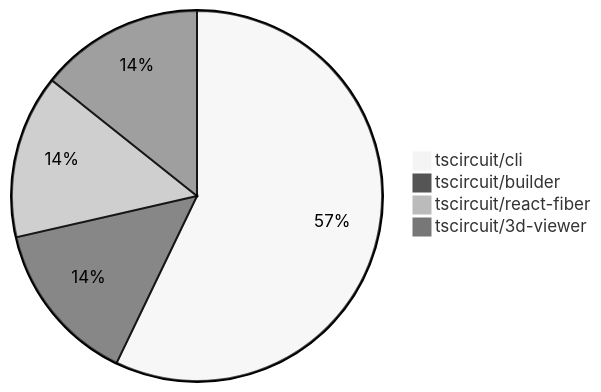
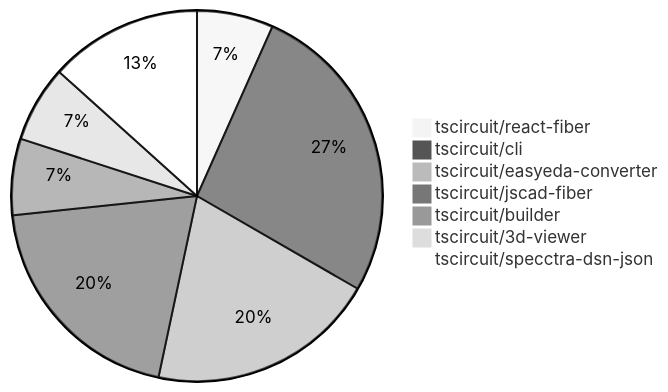
One commit to tscircuit/contribution-tracker changed the diagram in contribution-overviews/2024-07-06.md. Above: the diagram before and after it, drawn with Mermaid (neutral theme). The commit also changed other lines of this file, not shown here.

````diff
--- a/contribution-overviews/2024-07-06.md
+++ b/contribution-overviews/2024-07-06.md
@@ -5,7 +5,10 @@
 ```mermaid
 pie
+    "tscircuit/react-fiber" : 1
     "tscircuit/cli" : 4
+    "tscircuit/easyeda-converter" : 3
+    "tscircuit/jscad-fiber" : 3
     "tscircuit/builder" : 1
-    "tscircuit/react-fiber" : 1
     "tscircuit/3d-viewer" : 1
+    "tscircuit/specctra-dsn-json" : 2
 ```
````
